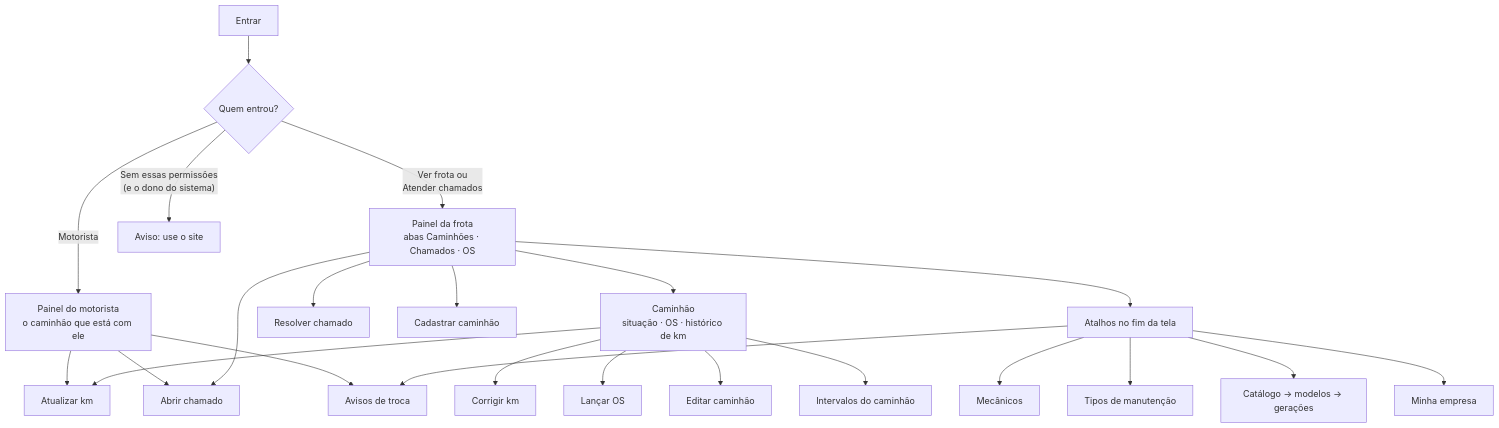
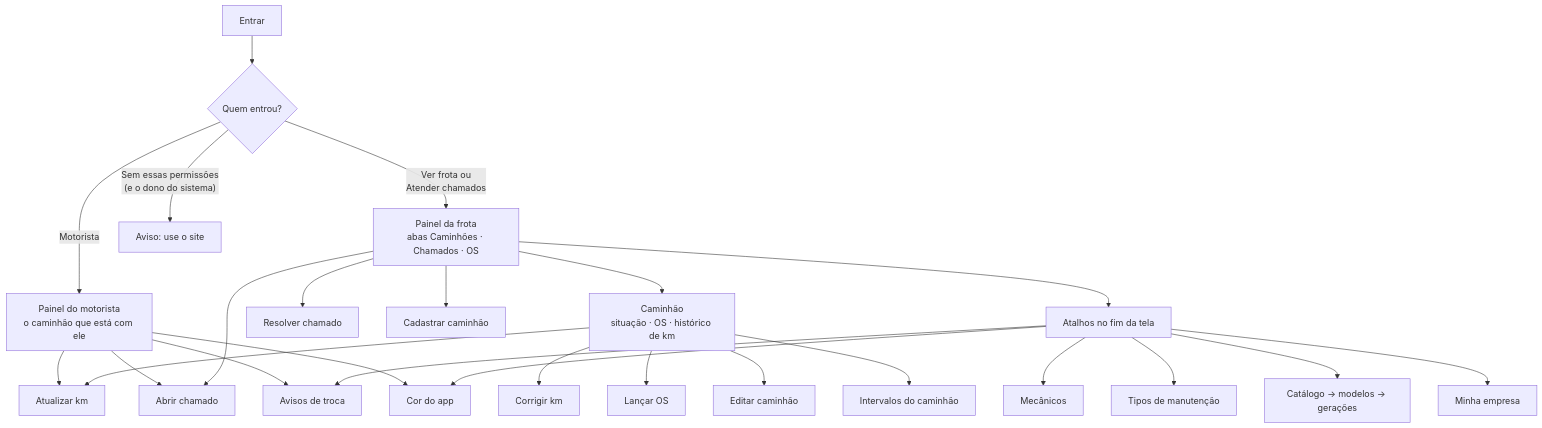
The second of 2 diagrams in docs/telas.md (LeandroPoletti/CheckTruck), drawn with Mermaid before and after one commit. The commit also changed other lines of this file and 94 other files, not shown here.

````diff
--- a/docs/telas.md
+++ b/docs/telas.md
@@ -53,29 +57,31 @@
 ```mermaid
 flowchart TB
     login["Entrar"] --> inicio{"Quem entrou?"}
 
     inicio -->|Motorista| mot["Painel do motorista<br/>o caminhão que está com ele"]
     inicio -->|"Ver frota ou<br/>Atender chamados"| frota["Painel da frota<br/>abas Caminhões · Chamados · OS"]
     inicio -->|"Sem essas permissões<br/>(e o dono do sistema)"| site["Aviso: use o site"]
 
     mot --> km["Atualizar km"]
     mot --> abrir["Abrir chamado"]
     mot --> avisos["Avisos de troca"]
+    mot --> cor["Cor do app"]
 
     frota --> det["Caminhão<br/>situação · OS · histórico de km"]
     det --> km
     det --> corrigir["Corrigir km"]
     det --> lancar["Lançar OS"]
     det --> cadCam["Editar caminhão"]
     det --> ints["Intervalos do caminhão"]
     frota --> abrir
     frota --> resolver["Resolver chamado"]
     frota --> novo["Cadastrar caminhão"]
 
     frota --> atalhos["Atalhos no fim da tela"]
     atalhos --> avisos
     atalhos --> mec["Mecânicos"]
     atalhos --> tipos["Tipos de manutenção"]
     atalhos --> catalogo["Catálogo → modelos → gerações"]
     atalhos --> emp["Minha empresa"]
+    atalhos --> cor
 ```
````
